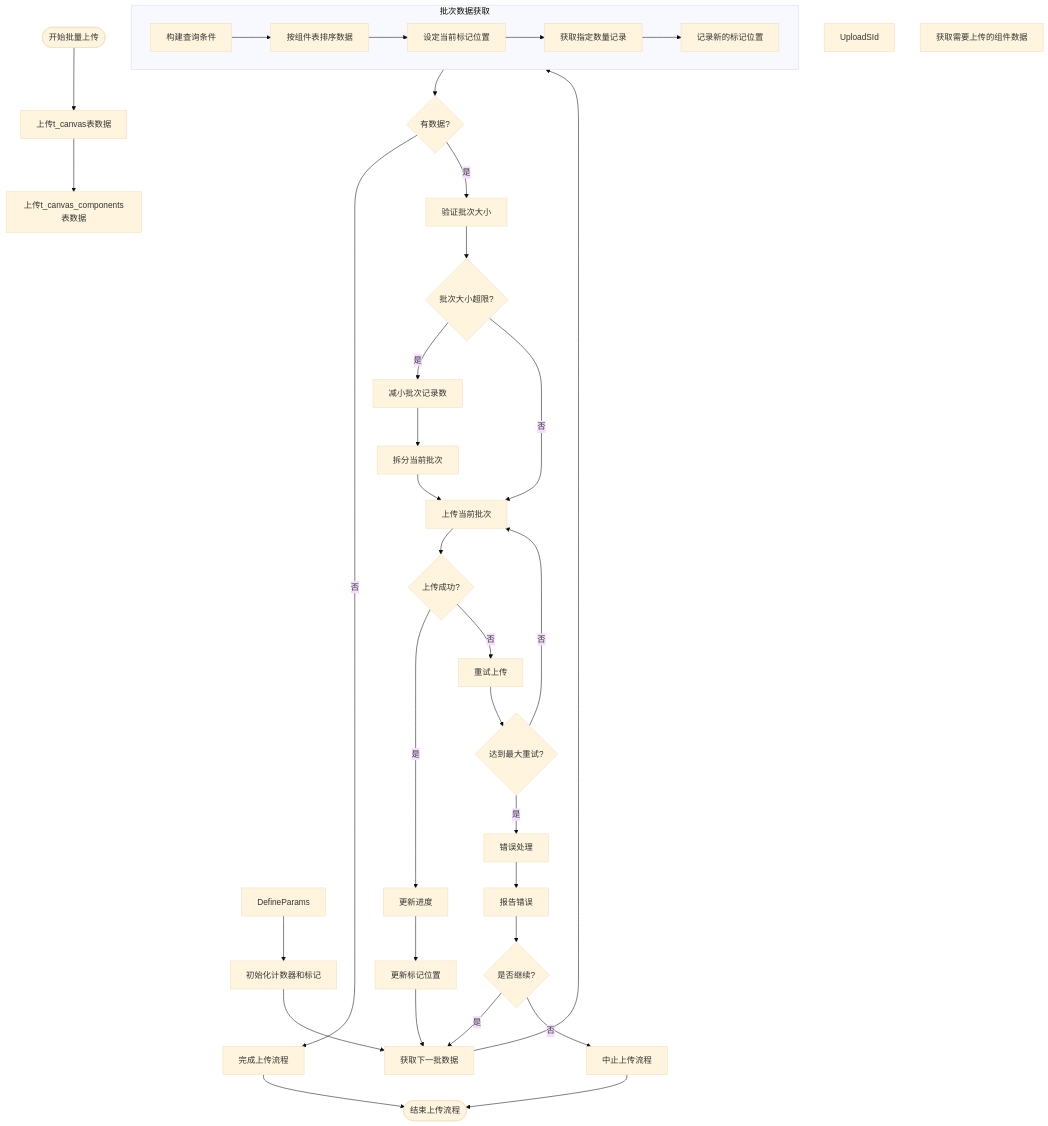
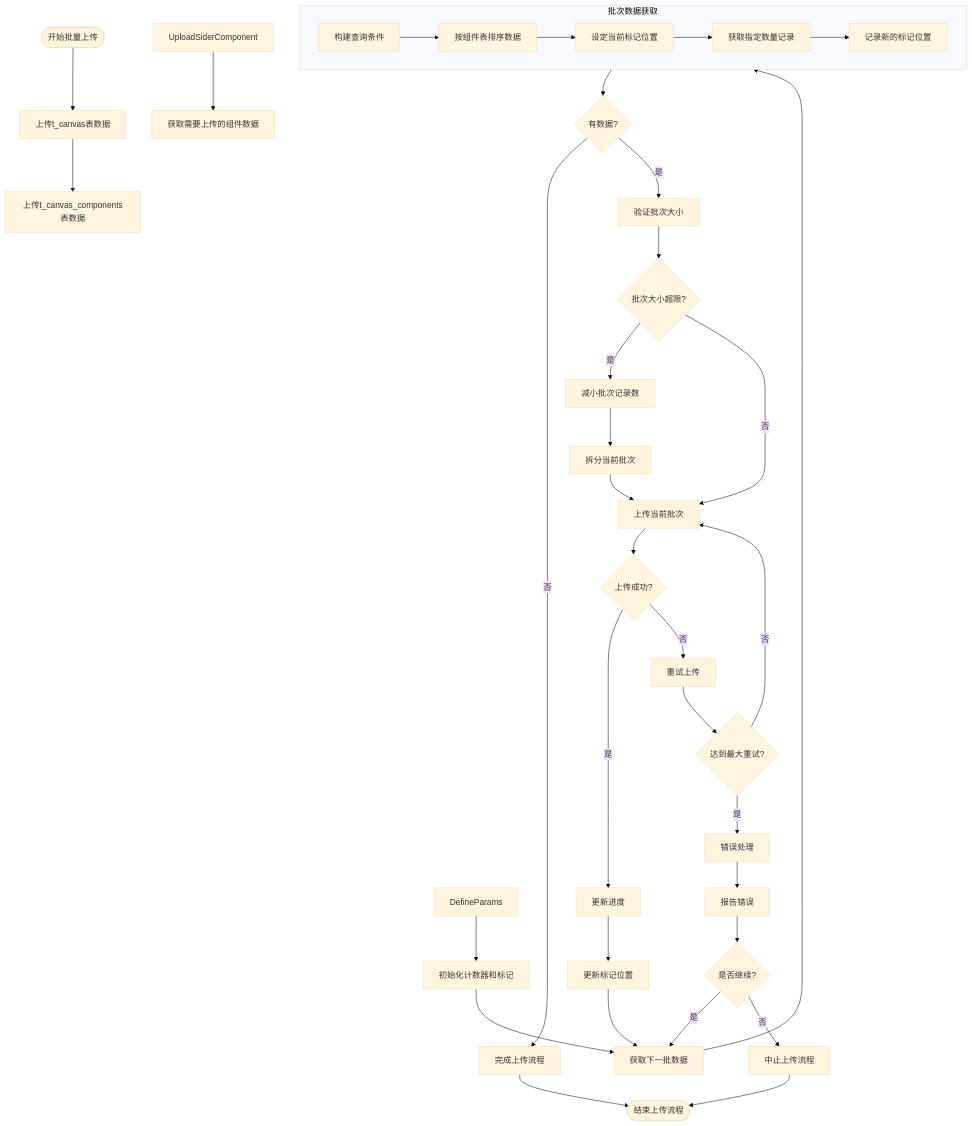
One commit to yingjianzh/iodraw-files changed the diagram in all/未命名-51.md. Above: the diagram before and after it, drawn with Mermaid (base theme).

Commit message:
2025-05-08 17:24:02 update

````diff
--- a/all/未命名-51.md
+++ b/all/未命名-51.md
@@ -1,50 +1,50 @@
 ```mermaid
 flowchart TD
     Start([开始批量上传]) --> UploadSpaceData[上传t_canvas表数据]
     UploadSpaceData --> UploadComponentListData[上传t_canvas_components表数据]
-    UploadSId
+    UploadSiderComponent --> 
     
     UploadData[获取需要上传的组件数据]
     DefineParams --> InitCounters[初始化计数器和标记]
     
     InitCounters --> FetchNextBatch[获取下一批数据]
     
     subgraph BatchFetch [批次数据获取]
         A[构建查询条件] --> B[按组件表排序数据]
         B --> C[设定当前标记位置]
         C --> D[获取指定数量记录]
         D --> E[记录新的标记位置]
     end
     
     FetchNextBatch --> BatchFetch
     
     BatchFetch --> CheckResults{有数据?}
     CheckResults -->|否| CompleteUpload[完成上传流程]
     CheckResults -->|是| ValidateBatch[验证批次大小]
     
     ValidateBatch --> SizeTooLarge{批次大小超限?}
     SizeTooLarge -->|是| AdjustBatchSize[减小批次记录数]
     SizeTooLarge -->|否| UploadBatch[上传当前批次]
     
     AdjustBatchSize --> SplitBatch[拆分当前批次]
     SplitBatch --> UploadBatch
     
     UploadBatch --> UploadSuccess{上传成功?}
     UploadSuccess -->|是| UpdateProgress[更新进度]
     UploadSuccess -->|否| RetryUpload[重试上传]
     
     RetryUpload --> MaxRetries{达到最大重试?}
     MaxRetries -->|否| UploadBatch
     MaxRetries -->|是| ErrorHandling[错误处理]
     
     ErrorHandling --> ReportError[报告错误]
     ReportError --> ContinueOption{是否继续?}
     ContinueOption -->|是| FetchNextBatch
     ContinueOption -->|否| AbortProcess[中止上传流程]
     
     UpdateProgress --> UpdateMarker[更新标记位置]
     UpdateMarker --> FetchNextBatch
     
     CompleteUpload --> End([结束上传流程])
     AbortProcess --> End
 ```
````
